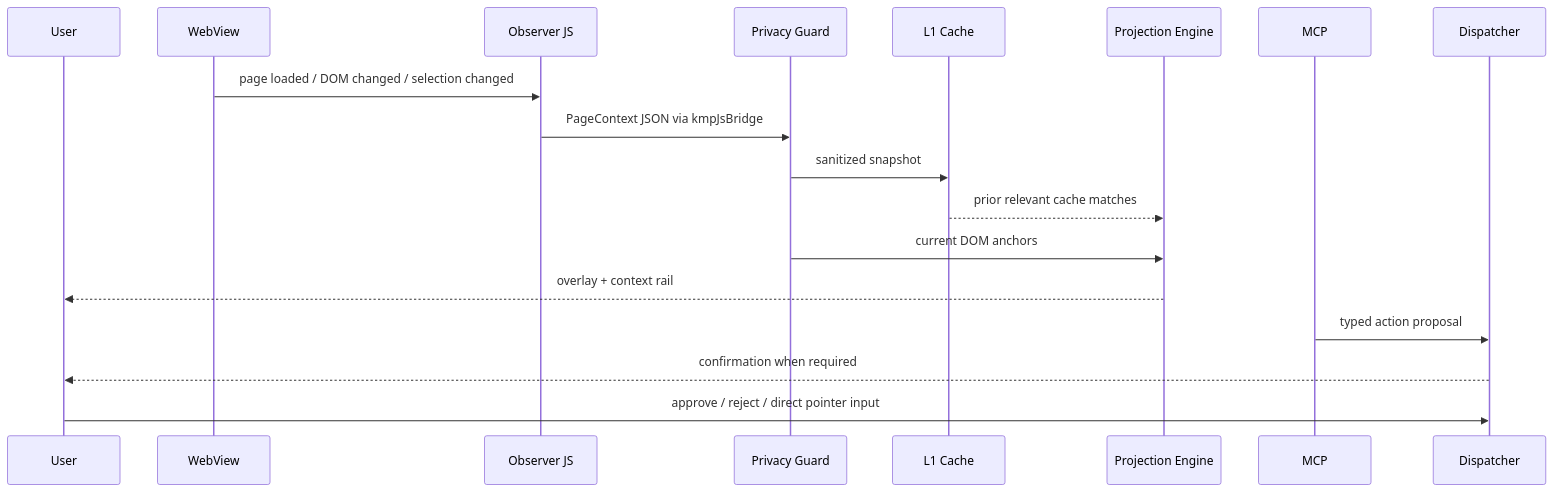
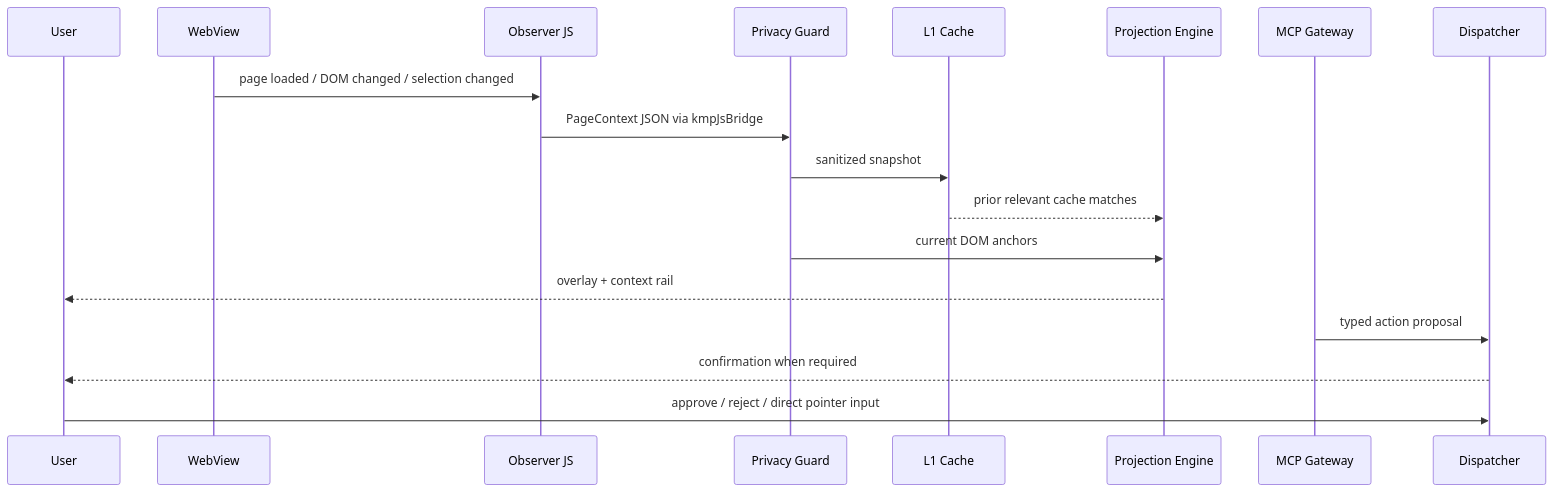
The diagram in docs/architecture/README.md (ed3c/kotlin-auto-webview), drawn with Mermaid before and after one commit. The commit also changed other lines of this file and 5 other files, not shown here.

````diff
--- a/docs/architecture/README.md
+++ b/docs/architecture/README.md
@@ -15,21 +16,21 @@
 ```mermaid
 sequenceDiagram
     participant U as User
     participant W as WebView
     participant J as Observer JS
     participant P as Privacy Guard
     participant C as L1 Cache
     participant R as Projection Engine
-    participant M as MCP
+    participant M as MCP Gateway
     participant D as Dispatcher
 
     W->>J: page loaded / DOM changed / selection changed
     J->>P: PageContext JSON via kmpJsBridge
     P->>C: sanitized snapshot
     C-->>R: prior relevant cache matches
     P->>R: current DOM anchors
     R-->>U: overlay + context rail
     M->>D: typed action proposal
     D-->>U: confirmation when required
     U->>D: approve / reject / direct pointer input
 ```
````
